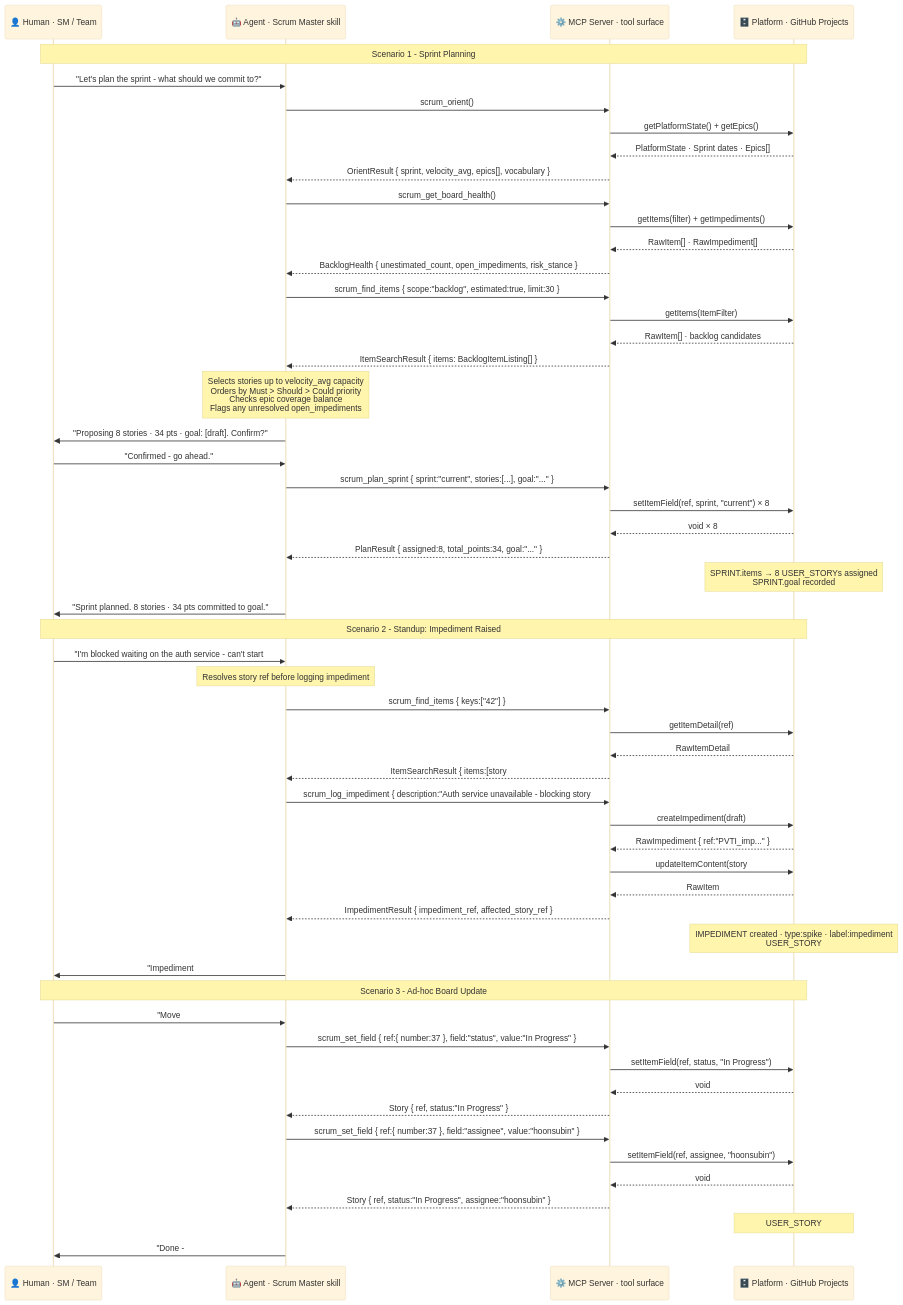
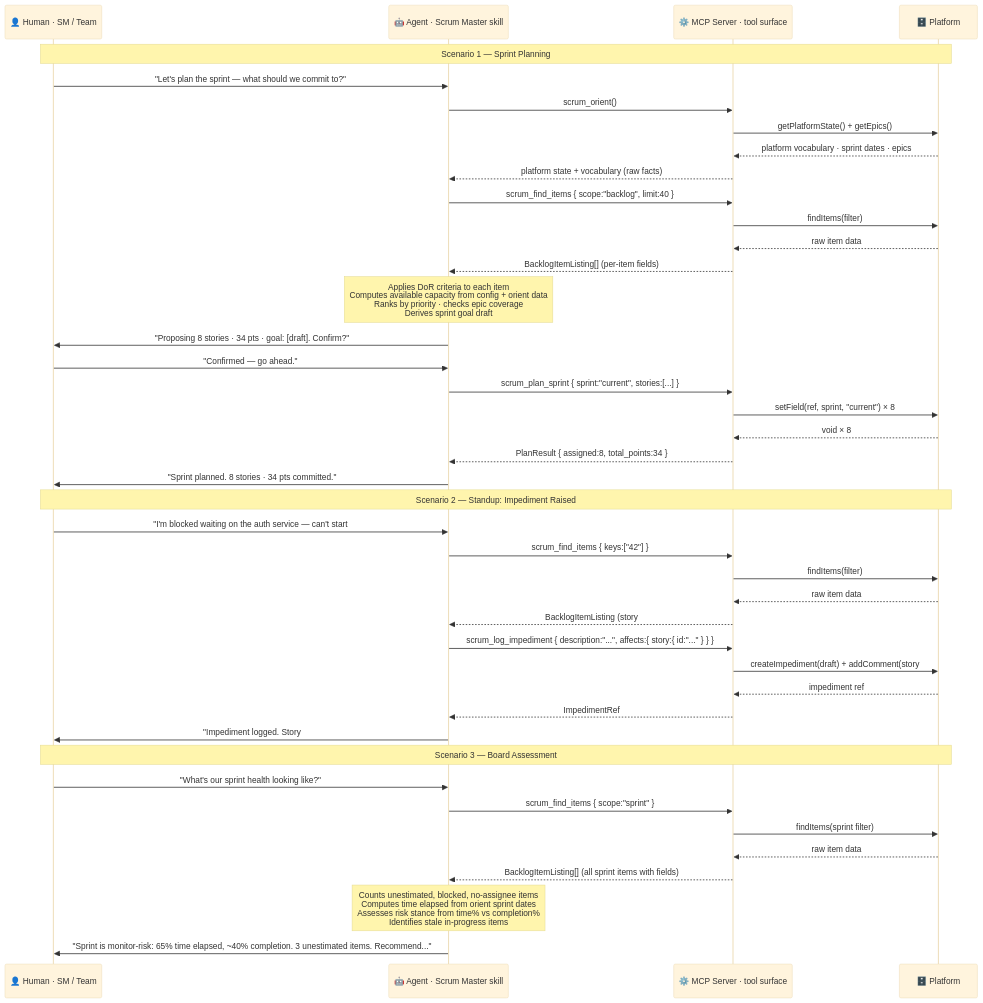
Before and after one commit to hoonsubin/github-projects-mcp-server: the third of 6 diagrams in docs/ARCHITECTURE.MD, drawn with Mermaid (base theme). The commit also changed other lines of this file and 3 other files, not shown here.

First line of the commit message:
Docs/update architecture (#273)

````diff
--- a/docs/ARCHITECTURE.MD
+++ b/docs/ARCHITECTURE.MD
@@ -507,80 +528,62 @@
 ```mermaid
 sequenceDiagram
     participant Human as 👤 Human · SM / Team
     participant Agent as 🤖 Agent · Scrum Master skill
     participant MCP as ⚙️ MCP Server · tool surface
-    participant Platform as 🗄️ Platform · GitHub Projects
+    participant Platform as 🗄️ Platform
 
-    Note over Human,Platform: Scenario 1 - Sprint Planning
+    Note over Human,Platform: Scenario 1 — Sprint Planning
 
-    Human->>Agent: "Let's plan the sprint - what should we commit to?"
+    Human->>Agent: "Let's plan the sprint — what should we commit to?"
 
     Agent->>MCP: scrum_orient()
     MCP->>Platform: getPlatformState() + getEpics()
-    Platform-->>MCP: PlatformState · Sprint dates · Epics[]
-    MCP-->>Agent: OrientResult { sprint, velocity_avg, epics[], vocabulary }
+    Platform-->>MCP: platform vocabulary · sprint dates · epics
+    MCP-->>Agent: platform state + vocabulary (raw facts)
 
-    Agent->>MCP: scrum_get_board_health()
-    MCP->>Platform: getItems(filter) + getImpediments()
-    Platform-->>MCP: RawItem[] · RawImpediment[]
-    MCP-->>Agent: BacklogHealth { unestimated_count, open_impediments, risk_stance }
+    Agent->>MCP: scrum_find_items { scope:"backlog", limit:40 }
+    MCP->>Platform: findItems(filter)
+    Platform-->>MCP: raw item data
+    MCP-->>Agent: BacklogItemListing[] (per-item fields)
 
-    Agent->>MCP: scrum_find_items { scope:"backlog", estimated:true, limit:30 }
-    MCP->>Platform: getItems(ItemFilter)
-    Platform-->>MCP: RawItem[] · backlog candidates
-    MCP-->>Agent: ItemSearchResult { items: BacklogItemListing[] }
-
-    Note over Agent: Selects stories up to velocity_avg capacity<br/>Orders by Must > Should > Could priority<br/>Checks epic coverage balance<br/>Flags any unresolved open_impediments
+    Note over Agent: Applies DoR criteria to each item<br/>Computes available capacity from config + orient data<br/>Ranks by priority · checks epic coverage<br/>Derives sprint goal draft
 
     Agent->>Human: "Proposing 8 stories · 34 pts · goal: [draft]. Confirm?"
-    Human->>Agent: "Confirmed - go ahead."
+    Human->>Agent: "Confirmed — go ahead."
 
-    Agent->>MCP: scrum_plan_sprint { sprint:"current", stories:[...], goal:"..." }
-    MCP->>Platform: setItemField(ref, sprint, "current") × 8
+    Agent->>MCP: scrum_plan_sprint { sprint:"current", stories:[...] }
+    MCP->>Platform: setField(ref, sprint, "current") × 8
     Platform-->>MCP: void × 8
-    MCP-->>Agent: PlanResult { assigned:8, total_points:34, goal:"..." }
+    MCP-->>Agent: PlanResult { assigned:8, total_points:34 }
 
-    Note over Platform: SPRINT.items → 8 USER_STORYs assigned<br/>SPRINT.goal recorded
+    Agent->>Human: "Sprint planned. 8 stories · 34 pts committed."
 
-    Agent->>Human: "Sprint planned. 8 stories · 34 pts committed to goal."
+    Note over Human,Platform: Scenario 2 — Standup: Impediment Raised
 
-    Note over Human,Platform: Scenario 2 - Standup: Impediment Raised
-
-    Human->>Agent: "I'm blocked waiting on the auth service - can't start #42."
-
-    Note over Agent: Resolves story ref before logging impediment
+    Human->>Agent: "I'm blocked waiting on the auth service — can't start #42."
 
     Agent->>MCP: scrum_find_items { keys:["42"] }
-    MCP->>Platform: getItemDetail(ref)
-    Platform-->>MCP: RawItemDetail
-    MCP-->>Agent: ItemSearchResult { items:[story #42 with ref.id] }
+    MCP->>Platform: findItems(filter)
+    Platform-->>MCP: raw item data
+    MCP-->>Agent: BacklogItemListing (story #42 with ref.id)
 
-    Agent->>MCP: scrum_log_impediment { description:"Auth service unavailable - blocking story #42", affects:{ story:{ id:"..." } } }
-    MCP->>Platform: createImpediment(draft)
-    Platform-->>MCP: RawImpediment { ref:"PVTI_imp..." }
-    MCP->>Platform: updateItemContent(story #42, comment:"⚠️ Blocked: auth service unavailable")
-    Platform-->>MCP: RawItem
-    MCP-->>Agent: ImpedimentResult { impediment_ref, affected_story_ref }
+    Agent->>MCP: scrum_log_impediment { description:"...", affects:{ story:{ id:"..." } } }
+    MCP->>Platform: createImpediment(draft) + addComment(story #42)
+    Platform-->>MCP: impediment ref
+    MCP-->>Agent: ImpedimentRef
 
-    Note over Platform: IMPEDIMENT created · type:spike · label:impediment<br/>USER_STORY #42 receives blocking comment
+    Agent->>Human: "Impediment logged. Story #42 marked blocked. Escalate to SM?"
 
-    Agent->>Human: "Impediment #89 logged. Story #42 marked as blocked. Escalate to SM?"
+    Note over Human,Platform: Scenario 3 — Board Assessment
 
-    Note over Human,Platform: Scenario 3 - Ad-hoc Board Update
+    Human->>Agent: "What's our sprint health looking like?"
 
-    Human->>Agent: "Move #37 to In Progress and assign it to me."
+    Agent->>MCP: scrum_find_items { scope:"sprint" }
+    MCP->>Platform: findItems(sprint filter)
+    Platform-->>MCP: raw item data
+    MCP-->>Agent: BacklogItemListing[] (all sprint items with fields)
 
-    Agent->>MCP: scrum_set_field { ref:{ number:37 }, field:"status", value:"In Progress" }
-    MCP->>Platform: setItemField(ref, status, "In Progress")
-    Platform-->>MCP: void
-    MCP-->>Agent: Story { ref, status:"In Progress" }
+    Note over Agent: Counts unestimated, blocked, no-assignee items<br/>Computes time elapsed from orient sprint dates<br/>Assesses risk stance from time% vs completion%<br/>Identifies stale in-progress items
 
-    Agent->>MCP: scrum_set_field { ref:{ number:37 }, field:"assignee", value:"hoonsubin" }
-    MCP->>Platform: setItemField(ref, assignee, "hoonsubin")
-    Platform-->>MCP: void
-    MCP-->>Agent: Story { ref, status:"In Progress", assignee:"hoonsubin" }
-
-    Note over Platform: USER_STORY #37 status + assignee fields updated
-
-    Agent->>Human: "Done - #37 is In Progress, assigned to you."
+    Agent->>Human: "Sprint is monitor-risk: 65% time elapsed, ~40% completion. 3 unestimated items. Recommend..."
 ```
````
